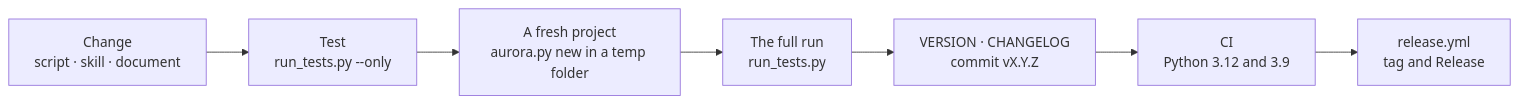
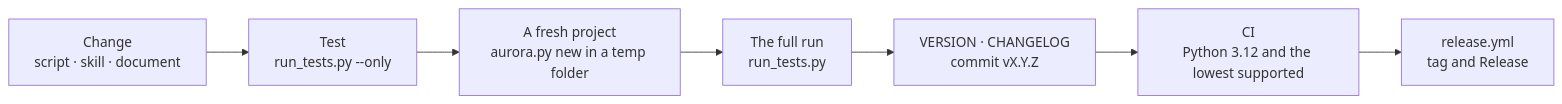
One commit to VVG-web/aurora-studio changed the diagram in docs/en/CONTRIBUTING.md. Above: the diagram before and after it, drawn with Mermaid. The commit also changed other lines of this file and 24 other files, not shown here.

````diff
--- a/docs/en/CONTRIBUTING.md
+++ b/docs/en/CONTRIBUTING.md
@@ -94,9 +94,9 @@
 ```mermaid
 flowchart LR
   A["Change<br>script · skill · document"] --> B["Test<br>run_tests.py --only"]
   B --> C["A fresh project<br>aurora.py new in a temp folder"]
   C --> D["The full run<br>run_tests.py"]
   D --> E["VERSION · CHANGELOG<br>commit vX.Y.Z"]
-  E --> F["CI<br>Python 3.12 and 3.9"]
+  E --> F["CI<br>Python 3.12 and the lowest supported"]
   F --> G["release.yml<br>tag and Release"]
 ```
````
